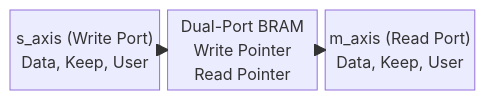
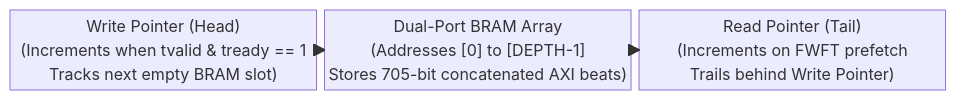
Before and after one commit to Ganeshkumara26/SmartNIC: the first of 5 diagrams in docs/04_axi_stream_fifo.md, drawn with Mermaid. The commit also changed other lines of this file and 56 other files, not shown here.

````diff
--- a/docs/04_axi_stream_fifo.md
+++ b/docs/04_axi_stream_fifo.md
@@ -28,11 +24,11 @@
 ```mermaid
 block-beta
   columns 3
   
-  s_axis["s_axis (Write Port)\nData, Keep, User"]
-  ram["Dual-Port BRAM\nWrite Pointer\nRead Pointer"]
-  m_axis["m_axis (Read Port)\nData, Keep, User"]
+  Write_Ptr["Write Pointer (Head)\n(Increments when tvalid & tready == 1\nTracks next empty BRAM slot)"]
+  RAM["Dual-Port BRAM Array\n(Addresses [0] to [DEPTH-1]\nStores 705-bit concatenated AXI beats)"]
+  Read_Ptr["Read Pointer (Tail)\n(Increments on FWFT prefetch\nTrails behind Write Pointer)"]
   
-  s_axis --> ram
-  ram --> m_axis
+  Write_Ptr --> RAM
+  RAM --> Read_Ptr
 ```
````
